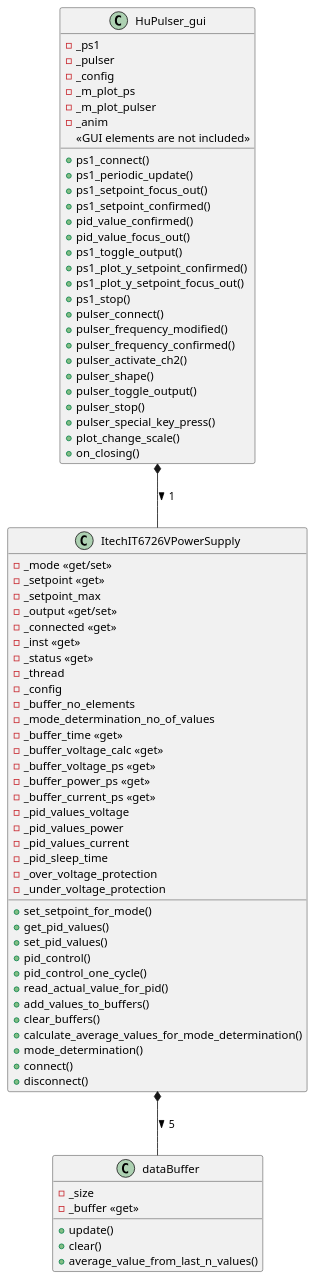
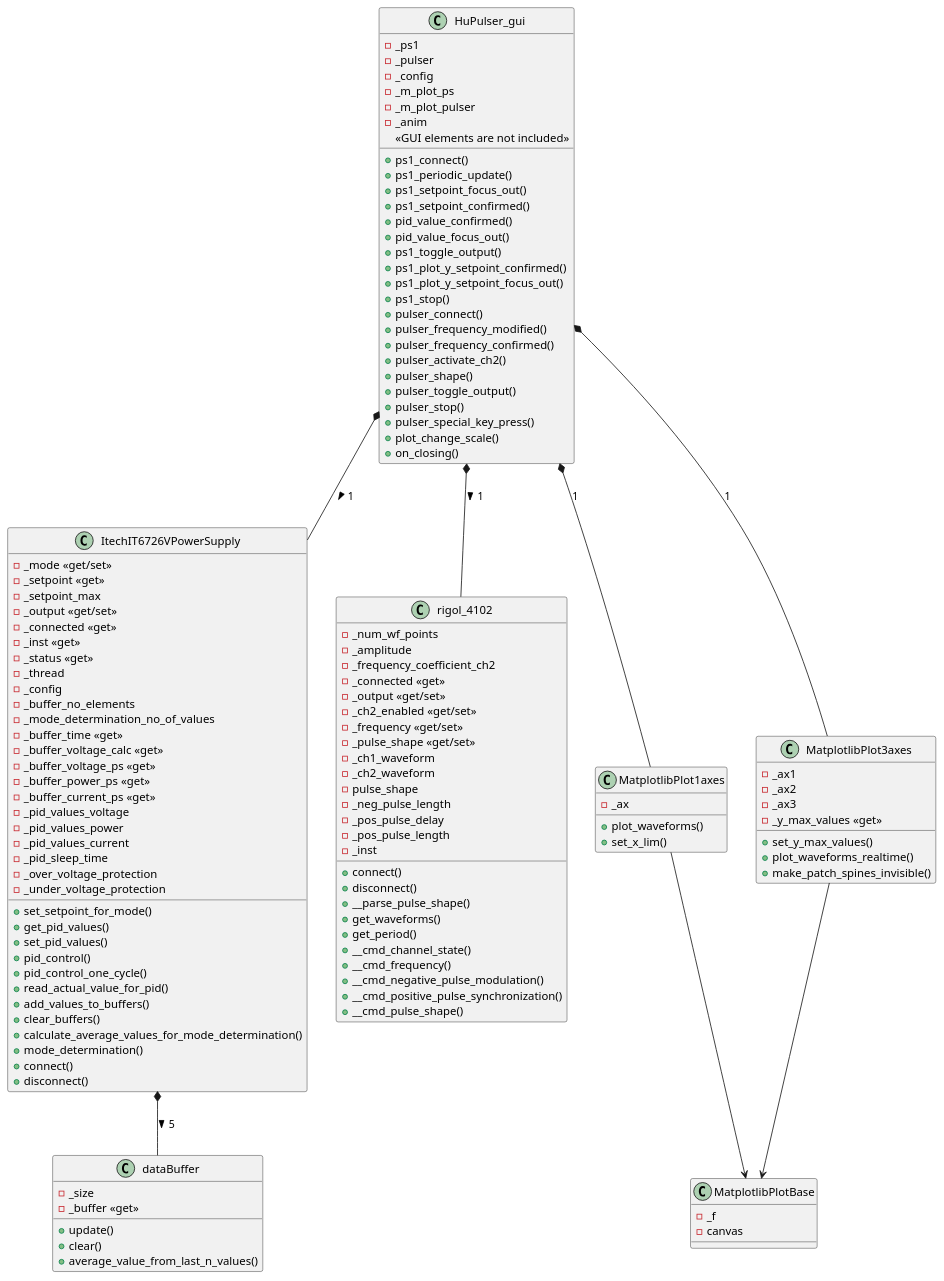
Before and after one commit to jircap/hupulser: the diagram in HuPulser_UML.puml, drawn with PlantUML. The commit also changed 2 other files, not shown here.

```diff
--- a/HuPulser_UML.puml
+++ b/HuPulser_UML.puml
@@ -1,82 +1,140 @@
 @startuml
 class HuPulser_gui {
     - _ps1
     - _pulser
     - _config
     - _m_plot_ps
     - _m_plot_pulser
     - _anim
     << GUI elements are not included >>
 
     + ps1_connect()
     + ps1_periodic_update()
     + ps1_setpoint_focus_out()
     + ps1_setpoint_confirmed()
     + pid_value_confirmed()
     + pid_value_focus_out()
     + ps1_toggle_output()
     + ps1_plot_y_setpoint_confirmed()
     + ps1_plot_y_setpoint_focus_out()
     + ps1_stop()
     + pulser_connect()
     + pulser_frequency_modified()
     + pulser_frequency_confirmed()
     + pulser_activate_ch2()
     + pulser_shape()
     + pulser_toggle_output()
     + pulser_stop()
     + pulser_special_key_press()
     + plot_change_scale()
     + on_closing()
 }
 
 class ItechIT6726VPowerSupply {
     - _mode <<get/set>>
     - _setpoint <<get>>
     - _setpoint_max
     - _output <<get/set>>
     - _connected <<get>>
     - _inst <<get>>
     - _status <<get>>
     - _thread
     - _config
     - _buffer_no_elements
     - _mode_determination_no_of_values
     - _buffer_time <<get>>
     - _buffer_voltage_calc <<get>>
     - _buffer_voltage_ps <<get>>
     - _buffer_power_ps <<get>>
     - _buffer_current_ps <<get>>
     - _pid_values_voltage
     - _pid_values_power
     - _pid_values_current
     - _pid_sleep_time
     - _over_voltage_protection
     - _under_voltage_protection
 
     + set_setpoint_for_mode()
     + get_pid_values()
     + set_pid_values()
     + pid_control()
     + pid_control_one_cycle()
     + read_actual_value_for_pid()
     + add_values_to_buffers()
     + clear_buffers()
     + calculate_average_values_for_mode_determination()
     + mode_determination()
     + connect()
     + disconnect()
 }
 
+class rigol_4102 {
+    - _num_wf_points
+    - _amplitude
+    - _frequency_coefficient_ch2
+    - _connected <<get>>
+    - _output <<get/set>>
+    - _ch2_enabled <<get/set>>
+    - _frequency <<get/set>>
+    - _pulse_shape <<get/set>>
+    - _ch1_waveform
+    - _ch2_waveform
+    - pulse_shape
+    - _neg_pulse_length
+    - _pos_pulse_delay
+    - _pos_pulse_length
+    - _inst
+
+    + connect()
+    + disconnect()
+    + __parse_pulse_shape()
+    + get_waveforms()
+    + get_period()
+    + __cmd_channel_state()
+    + __cmd_frequency()
+    + __cmd_negative_pulse_modulation()
+    + __cmd_positive_pulse_synchronization()
+    + __cmd_pulse_shape()
+}
+
+class MatplotlibPlotBase {
+    - _f
+    - canvas
+}
+
+class MatplotlibPlot1axes {
+    - _ax
+
+    + plot_waveforms()
+    + set_x_lim()
+}
+
+class MatplotlibPlot3axes {
+    - _ax1
+    - _ax2
+    - _ax3
+    - _y_max_values <<get>>
+
+    + set_y_max_values()
+    + plot_waveforms_realtime()
+    + make_patch_spines_invisible()
+}
+
 class dataBuffer {
     - _size
     - _buffer <<get>>
 
     + update()
     + clear()
     + average_value_from_last_n_values()
 }
+HuPulser_gui *-- MatplotlibPlot1axes : 1
+HuPulser_gui *-- MatplotlibPlot3axes : 1
+MatplotlibPlot1axes --> MatplotlibPlotBase
+MatplotlibPlot3axes --> MatplotlibPlotBase
 HuPulser_gui *-- ItechIT6726VPowerSupply : > 1
+HuPulser_gui *-- rigol_4102 : > 1
 ItechIT6726VPowerSupply *-- dataBuffer : > 5
 
+
 @enduml
```
